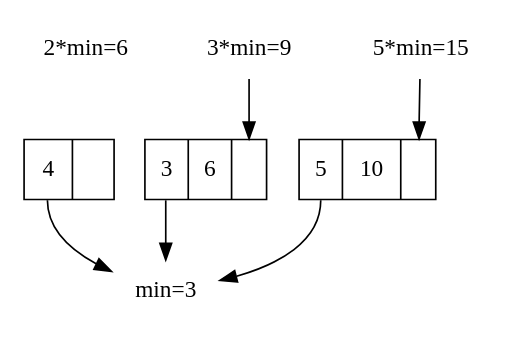
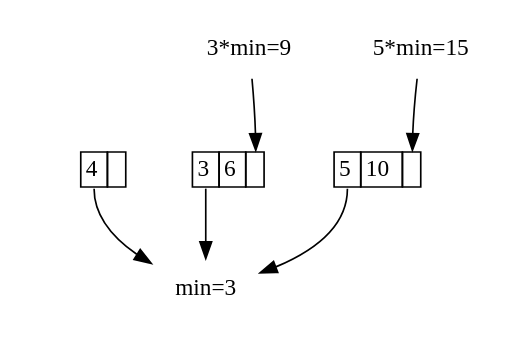
Before and after one commit to liuxinyu95/AlgoXY: the diagram in others/preface/img/q235-2.dot, drawn with Graphviz. The commit also changed 7 other files, not shown here.

```diff
--- a/others/preface/img/q235-2.dot
+++ b/others/preface/img/q235-2.dot
@@ -1,19 +1,22 @@
 digraph G{
 	margin="0"
-	node[shape=record]
-	q2[label="<head> 4 | <tail>"];
-	q3[label="<head> 3 |6| <tail>"];
-	q5[label="<head> 5 |10| <tail>"];
-	x[label="min=3", shape=none];
-	x2[label="2*min=6", shape=none];
-	x3[label="3*min=9", shape=none];
-	x5[label="5*min=15", shape=none];
+	node[shape=plaintext]
+	q2[label=<<table BORDER="0" CELLBORDER="1" CELLSPACING="0">
+       <tr><td port="head">4</td><td port="tail"> </td></tr></table>>]
+	q3[label=<<table BORDER="0" CELLBORDER="1" CELLSPACING="0">
+       <tr><td port="head">3</td><td>6</td><td port="tail"> </td></tr></table>>]
+	q5[label=<<table BORDER="0" CELLBORDER="1" CELLSPACING="0">
+       <tr><td port="head">5</td><td>10</td><td port="tail"> </td></tr></table>>]
+	x[label="min=3", style=filled, color=white];
+	x2[label="2*min=6", style=invis, color=white];
+	x3[label="3*min=9", style=filled, color=white];
+	x5[label="5*min=15", style=filled, color=white];
 	q2:head->x;
 	q3:head->x;
 	q5:head->x;
 	x2->x3->x5[style=invis];
 	//x2->q2:tail;
 	x3->q3:tail;
 	x5->q5:tail;
 	{rank = same; x2; x3; x5}
 }
```
